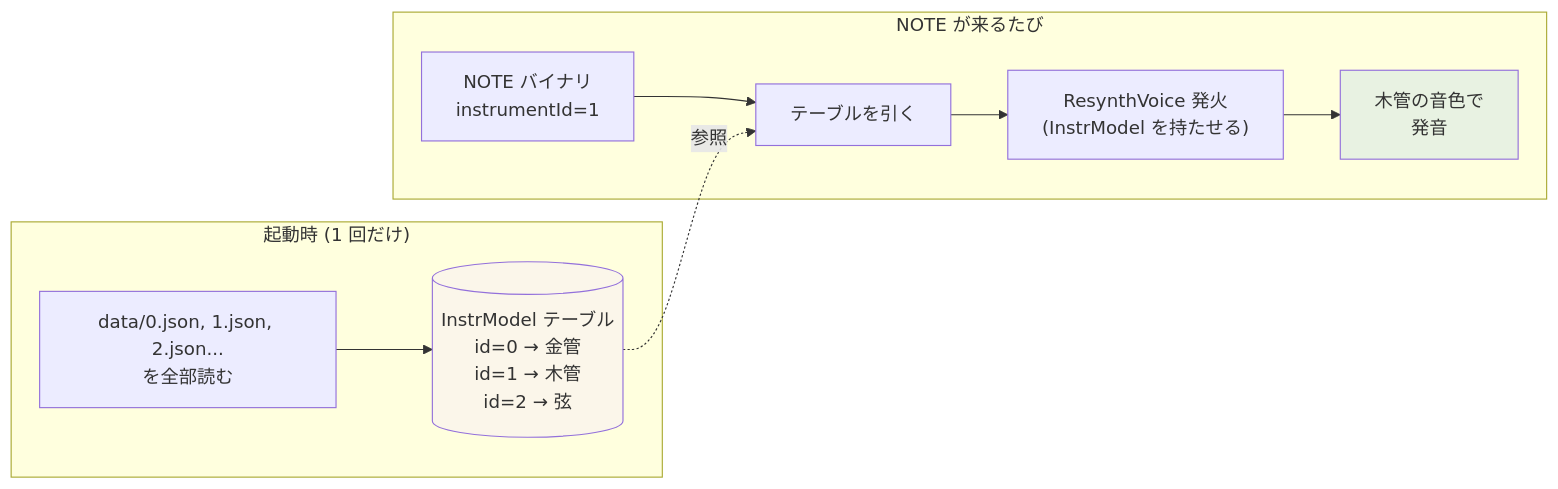
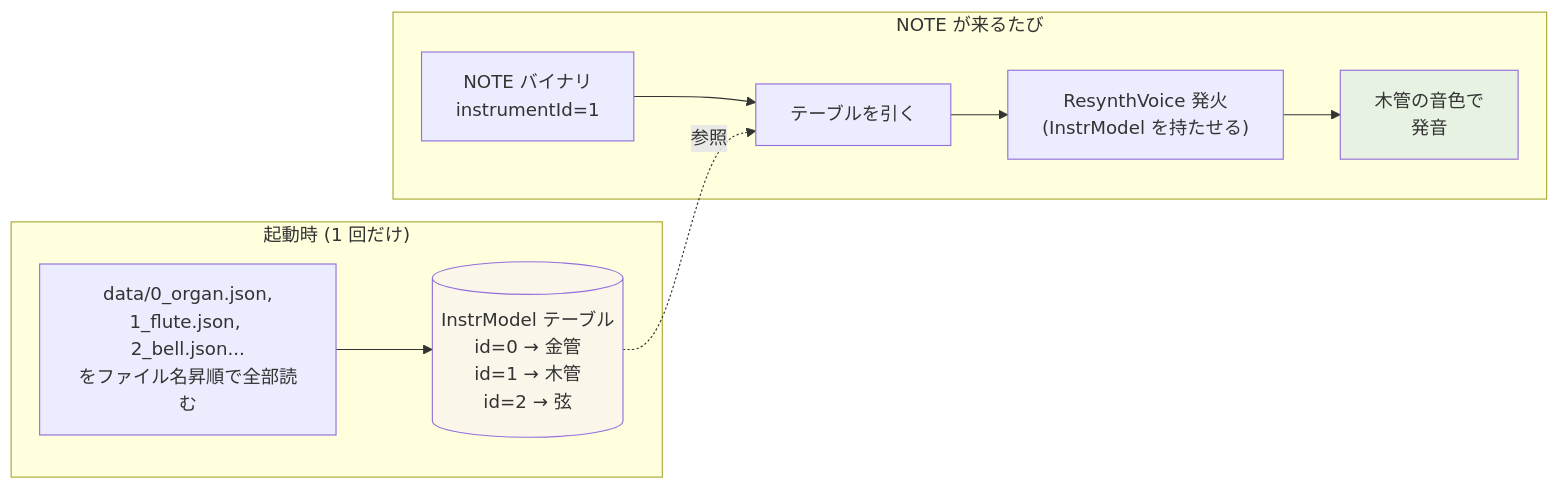
Before and after one commit to takushio2525/2026-hackathon-team23: the fifth of 6 diagrams in docs/src/content/docs/essentials/processing.md, drawn with Mermaid. The commit also changed other lines of this file and 14 other files, not shown here.

````diff
--- a/docs/src/content/docs/essentials/processing.md
+++ b/docs/src/content/docs/essentials/processing.md
@@ -333,23 +333,23 @@
 ```mermaid
 flowchart LR
     subgraph Startup["起動時 (1 回だけ)"]
-        Load["data/0.json, 1.json, 2.json...<br/>を全部読む"]
+        Load["data/0_organ.json,<br/>1_flute.json, 2_bell.json...<br/>をファイル名昇順で全部読む"]
         Models[("InstrModel テーブル<br/>id=0 → 金管<br/>id=1 → 木管<br/>id=2 → 弦")]
         Load --> Models
     end
 
     subgraph Runtime["NOTE が来るたび"]
         NOTE["NOTE バイナリ<br/>instrumentId=1"]
         Pick["テーブルを引く"]
         Spawn["ResynthVoice 発火<br/>(InstrModel を持たせる)"]
         Sound["木管の音色で<br/>発音"]
         NOTE --> Pick
         Pick --> Spawn
         Spawn --> Sound
     end
 
     Models -.参照.-> Pick
 
     style Models fill:#FBF6EA
     style Sound fill:#E8F2E2
 ```
````
